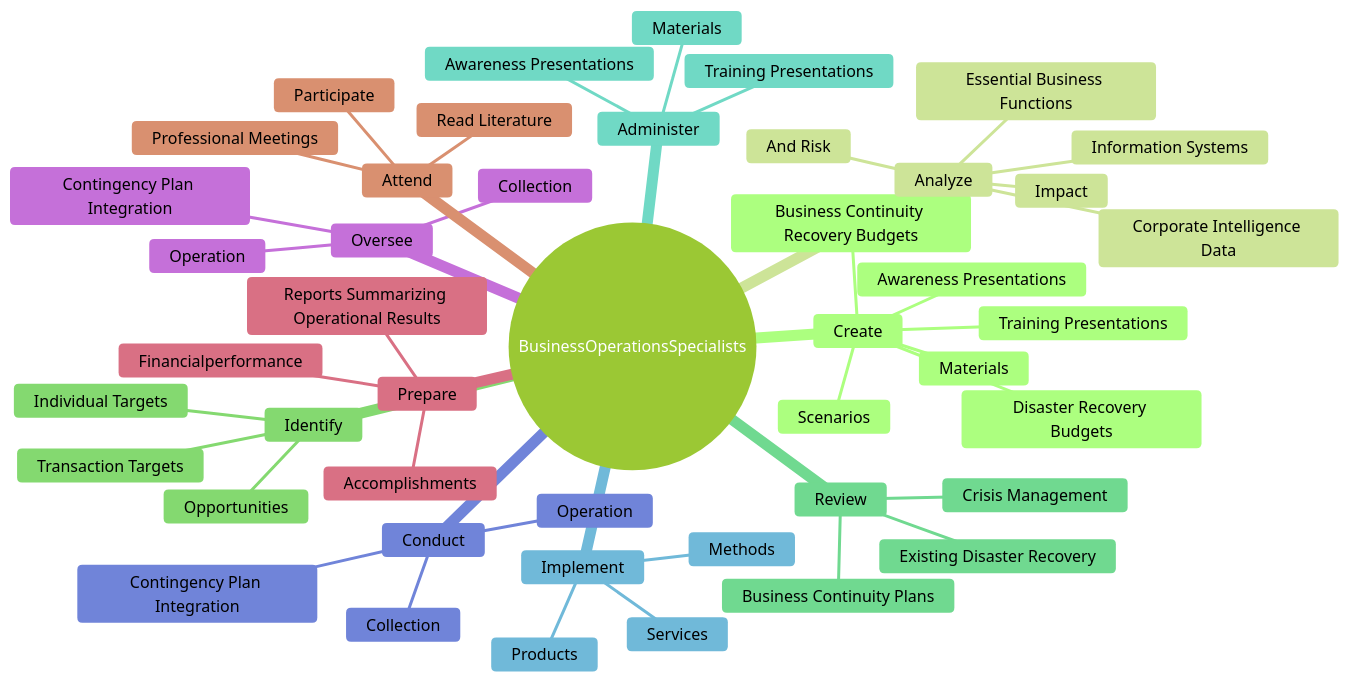
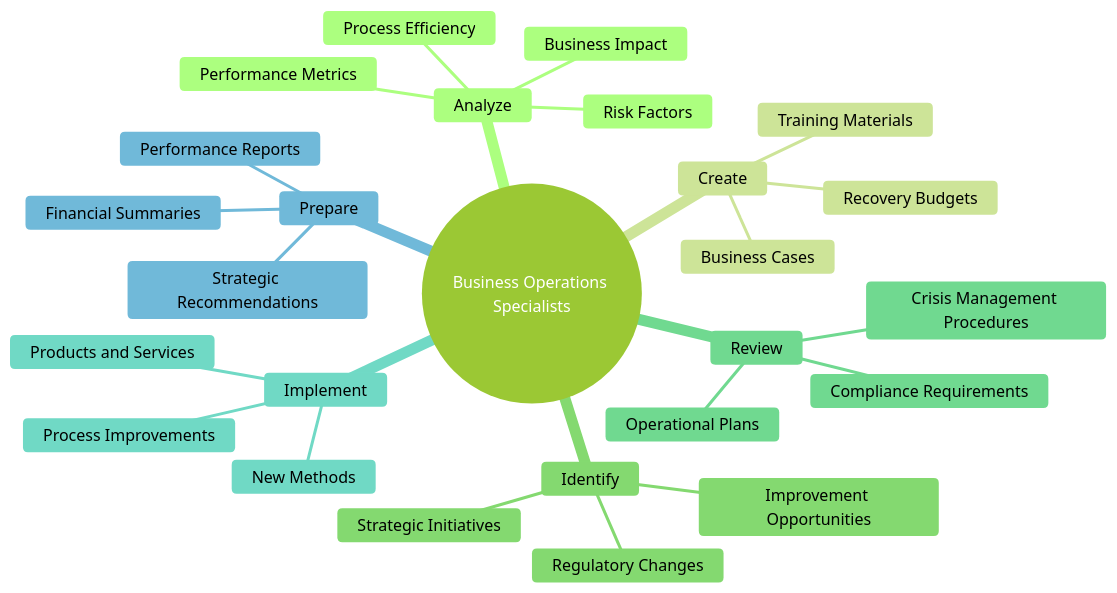
Before and after one commit to kziemski/business.org.ai: the second of 4 diagrams in occupations/Business/BusinessOperationsSpecialists.mdx, drawn with Mermaid (forest theme). The commit also changed other lines of this file and 938 other files, not shown here.

````diff
--- a/occupations/Business/BusinessOperationsSpecialists.mdx
+++ b/occupations/Business/BusinessOperationsSpecialists.mdx
@@ -41,49 +52,29 @@
 ```mermaid
 mindmap
-    root(("BusinessOperationsSpecialists"))
+    root(("Business Operations Specialists"))
+        Analyze
+            Business Impact
+            Process Efficiency
+            Risk Factors
+            Performance Metrics
         Create
-            Training Presentations
-            Materials
-            Awareness Presentations
-            Business Continuity Recovery Budgets
-            Disaster Recovery Budgets
-            Scenarios
-        Analyze
-            Impact
-            And Risk
-            Essential Business Functions
-            Information Systems
-            Corporate Intelligence Data
+            Training Materials
+            Business Cases
+            Recovery Budgets
         Identify
-            Opportunities
-            Individual Targets
-            Transaction Targets
+            Improvement Opportunities
+            Strategic Initiatives
+            Regulatory Changes
         Review
-            Existing Disaster Recovery
-            Crisis Management
-            Business Continuity Plans
-        Administer
-            Training Presentations
-            Materials
-            Awareness Presentations
+            Operational Plans
+            Crisis Management Procedures
+            Compliance Requirements
         Implement
-            Products
-            Services
-            Methods
-        Conduct
-            Contingency Plan Integration
-            Operation
-            Collection
-        Oversee
-            Contingency Plan Integration
-            Operation
-            Collection
+            Products and Services
+            Process Improvements
+            New Methods
         Prepare
-            Reports Summarizing Operational Results
-            Financialperformance
-            Accomplishments
-        Attend
-            Professional Meetings
-            Read Literature
-            Participate
+            Performance Reports
+            Financial Summaries
+            Strategic Recommendations
 ```
````
